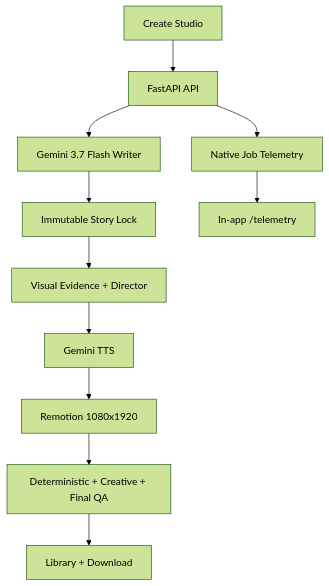
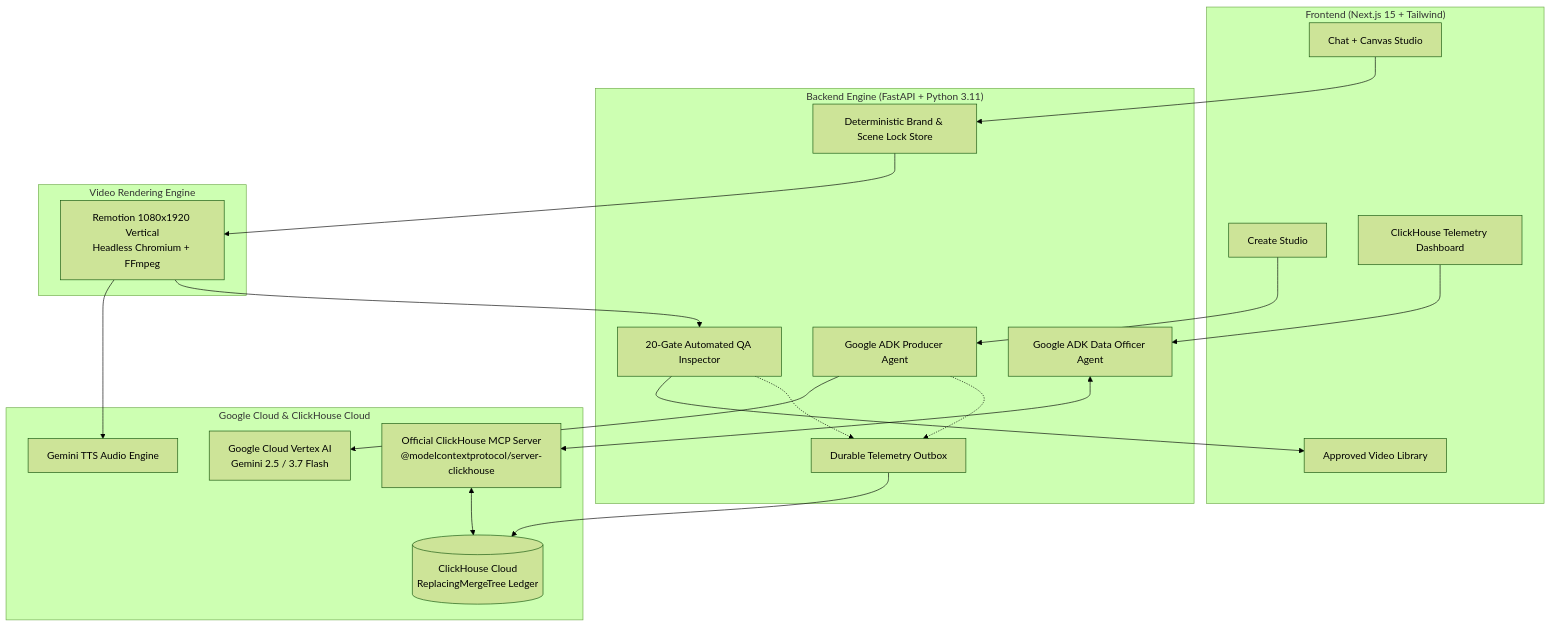
Before and after one commit to ahk1542001-wq/fyf-video-pipeline: the diagram in README.md, drawn with Mermaid (forest theme). The commit also changed other lines of this file, not shown here.

Commit message:
docs: comprehensive README update documenting runtime Google Cloud & ClickHouse MCP use, brand locks, run instructions, and tests

````diff
--- a/README.md
+++ b/README.md
@@ -65,13 +112,42 @@
 ```mermaid
 flowchart TD
-  UI[Create Studio] --> API[FastAPI API]
-  API --> WRITER[Gemini 3.7 Flash Writer]
-  WRITER --> LOCK[Immutable Story Lock]
-  LOCK --> VISUALS[Visual Evidence + Director]
-  VISUALS --> TTS[Gemini TTS]
-  TTS --> RENDER[Remotion 1080x1920]
-  RENDER --> QA[Deterministic + Creative + Final QA]
-  QA --> LIB[Library + Download]
-  API --> TELEMETRY[Native Job Telemetry]
-  TELEMETRY --> OBS[In-app /telemetry]
+  subgraph Frontend ["Frontend (Next.js 15 + Tailwind)"]
+    CS[Create Studio]
+    CC[Chat + Canvas Studio]
+    LIB[Approved Video Library]
+    TEL[ClickHouse Telemetry Dashboard]
+  end
+
+  subgraph Backend ["Backend Engine (FastAPI + Python 3.11)"]
+    PROD[Google ADK Producer Agent]
+    LOCK[Deterministic Brand & Scene Lock Store]
+    VQA[20-Gate Automated QA Inspector]
+    OUTBOX[Durable Telemetry Outbox]
+    OFFICER[Google ADK Data Officer Agent]
+  end
+
+  subgraph Providers ["Google Cloud & ClickHouse Cloud"]
+    VERTEX[Google Cloud Vertex AI<br/>Gemini 2.5 / 3.7 Flash]
+    TTS[Gemini TTS Audio Engine]
+    CH[(ClickHouse Cloud<br/>ReplacingMergeTree Ledger)]
+    MCP[Official ClickHouse MCP Server<br/>@modelcontextprotocol/server-clickhouse]
+  end
+
+  subgraph Renderer ["Video Rendering Engine"]
+    REM[Remotion 1080x1920 Vertical<br/>Headless Chromium + FFmpeg]
+  end
+
+  CS --> PROD
+  CC --> LOCK
+  PROD --> VERTEX
+  LOCK --> REM
+  REM --> TTS
+  REM --> VQA
+  VQA --> LIB
+  PROD -.-> OUTBOX
+  VQA -.-> OUTBOX
+  OUTBOX --> CH
+  TEL --> OFFICER
+  OFFICER <--> MCP
+  MCP <--> CH
 ```
````
